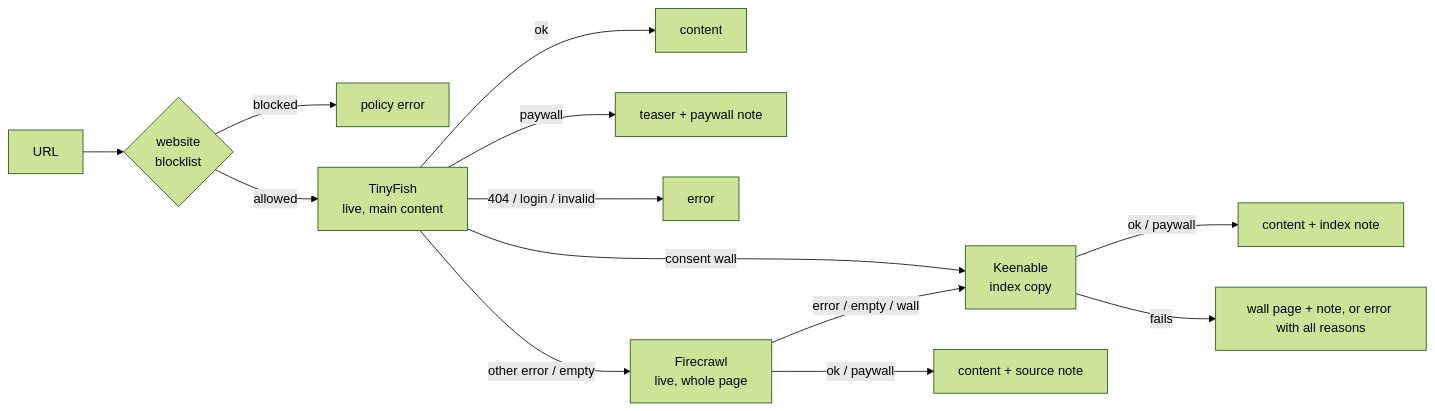
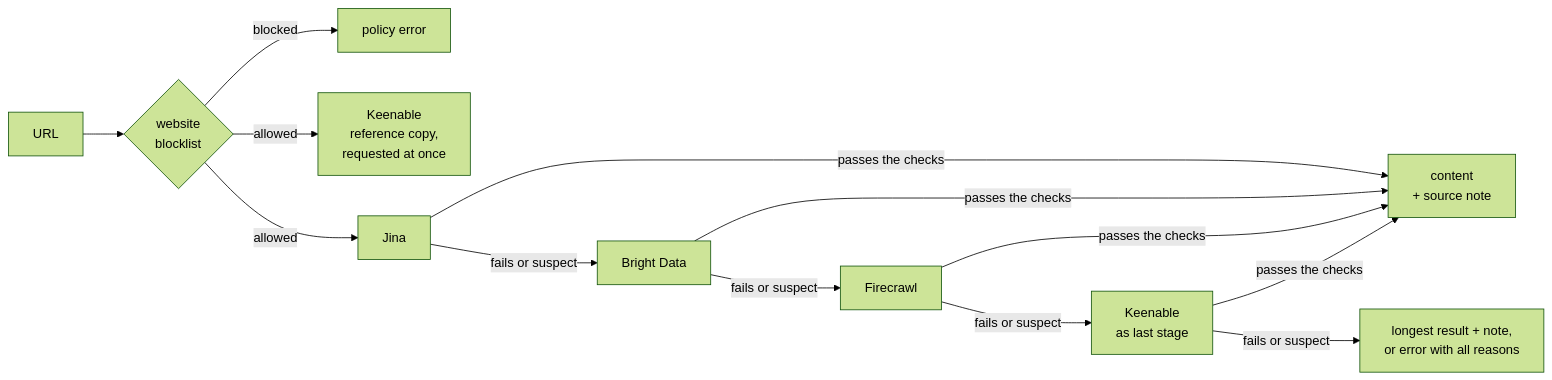
Before and after one commit to Pressimize/hermes-extract-chain: the diagram in README.md, drawn with Mermaid (forest theme). The commit also changed other lines of this file and 21 other files, not shown here.

First line of the commit message:
v0.3.0: new chain Jina → Bright Data → Firecrawl → Keenable (#5)

````diff
--- a/README.md
+++ b/README.md
@@ -13,15 +11,12 @@
 ```mermaid
 flowchart LR
     U[URL] --> P{website<br>blocklist}
     P -- blocked --> B[policy error]
-    P -- allowed --> T[TinyFish<br>live, main content]
-    T -- ok --> R1[content]
-    T -- paywall --> R2[teaser + paywall note]
-    T -- 404 / login / invalid --> R3[error]
-    T -- consent wall --> K[Keenable<br>index copy]
-    T -- other error / empty --> F[Firecrawl<br>live, whole page]
-    F -- ok / paywall --> R4[content + source note]
-    F -- error / empty / wall --> K
-    K -- ok / paywall --> R5[content + index note]
-    K -- fails --> R6[wall page + note, or error with all reasons]
+    P -- allowed --> R[Keenable<br>reference copy,<br>requested at once]
+    P -- allowed --> S1[Jina]
+    S1 -- fails or suspect --> S2[Bright Data]
+    S2 -- fails or suspect --> S3[Firecrawl]
+    S3 -- fails or suspect --> S4[Keenable<br>as last stage]
+    S1 & S2 & S3 & S4 -- passes the checks --> C[content<br>+ source note]
+    S4 -- fails or suspect --> F[longest result + note,<br>or error with all reasons]
 ```
````
